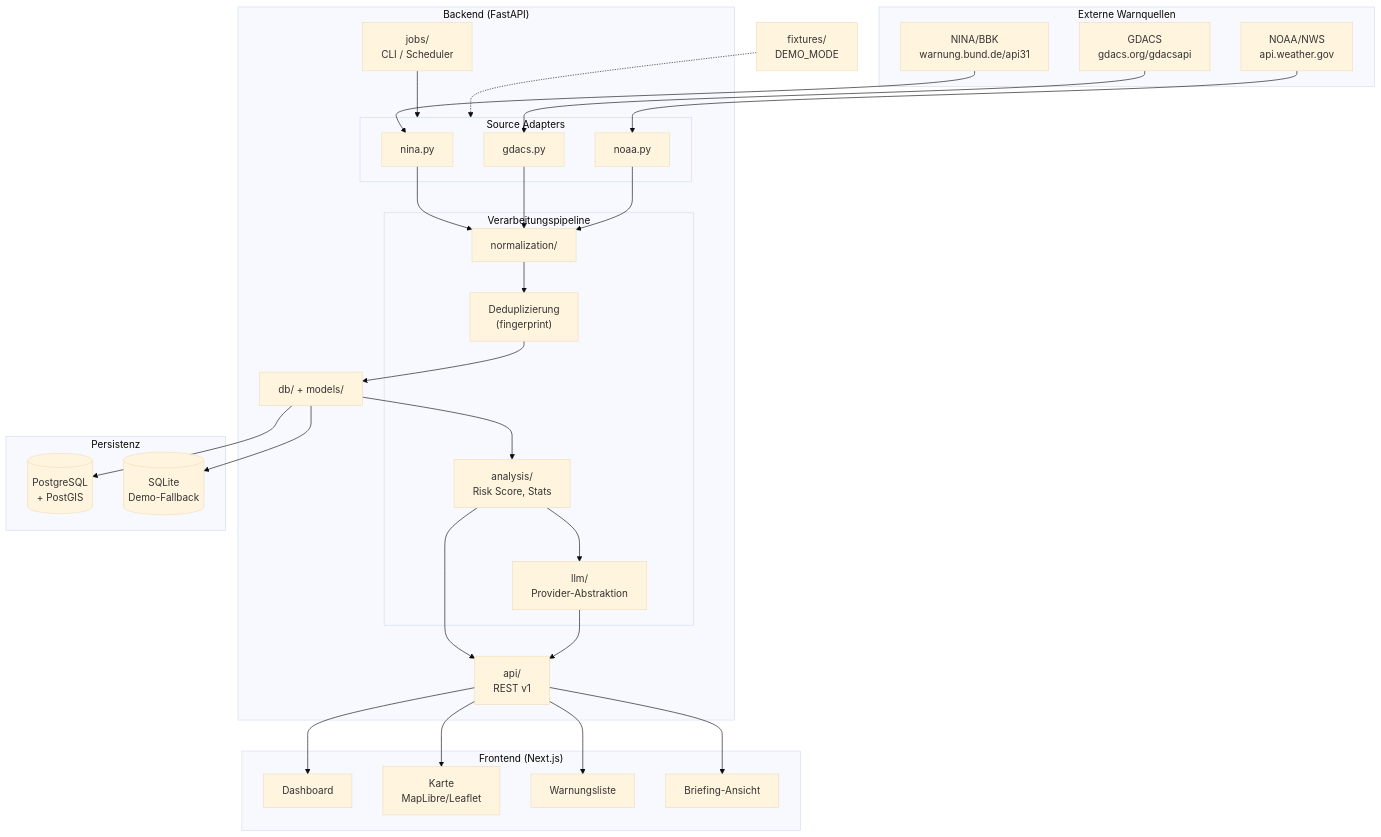
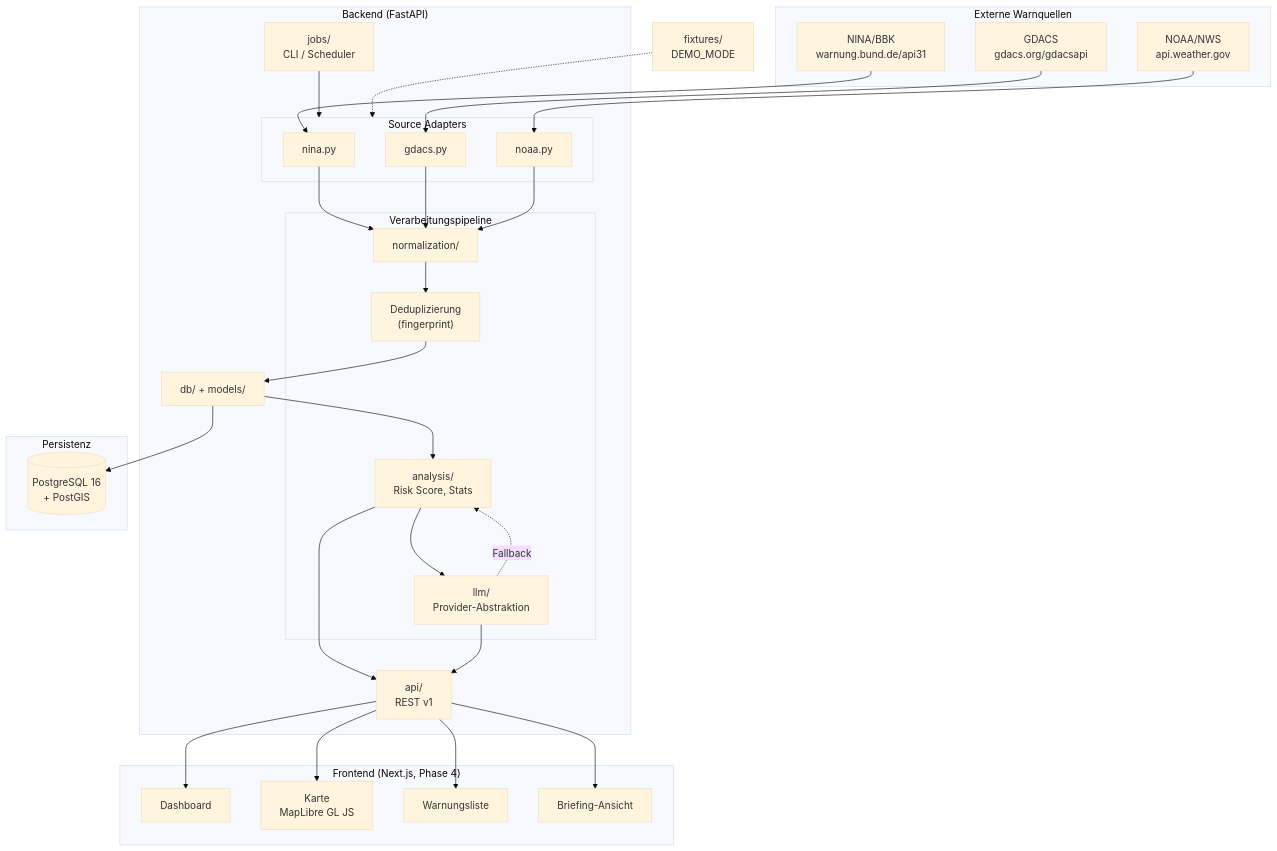
One commit to kevsecops/usefultool changed the diagram in docs/architecture.md. Above: the diagram before and after it, drawn with Mermaid (base theme). The commit also changed other lines of this file and 71 other files, not shown here.

First line of the commit message:
Implement Phase 2 backend with PostgreSQL/PostGIS and fixture ingest.

````diff
--- a/docs/architecture.md
+++ b/docs/architecture.md
@@ -11,63 +11,62 @@
 ```mermaid
 flowchart TB
     subgraph External["Externe Warnquellen"]
         NINA["NINA/BBK<br/>warnung.bund.de/api31"]
         GDACS["GDACS<br/>gdacs.org/gdacsapi"]
         NOAA["NOAA/NWS<br/>api.weather.gov"]
     end
 
     subgraph Backend["Backend (FastAPI)"]
         subgraph Sources["Source Adapters"]
             SA_NINA["nina.py"]
             SA_GDACS["gdacs.py"]
             SA_NOAA["noaa.py"]
         end
 
         subgraph Pipeline["Verarbeitungspipeline"]
             NORM["normalization/"]
             DEDUP["Deduplizierung<br/>(fingerprint)"]
             ANALYSIS["analysis/<br/>Risk Score, Stats"]
             LLM["llm/<br/>Provider-Abstraktion"]
         end
 
         API["api/<br/>REST v1"]
         JOBS["jobs/<br/>CLI / Scheduler"]
         DB_LAYER["db/ + models/"]
     end
 
     subgraph Storage["Persistenz"]
-        PG[("PostgreSQL<br/>+ PostGIS")]
-        SQLITE[("SQLite<br/>Demo-Fallback")]
+        PG[("PostgreSQL 16<br/>+ PostGIS")]
     end
 
-    subgraph Frontend["Frontend (Next.js)"]
+    subgraph Frontend["Frontend (Next.js, Phase 4)"]
         DASH["Dashboard"]
-        MAP["Karte<br/>MapLibre/Leaflet"]
+        MAP["Karte<br/>MapLibre GL JS"]
         LIST["Warnungsliste"]
         BRIEF["Briefing-Ansicht"]
     end
 
     NINA --> SA_NINA
     GDACS --> SA_GDACS
     NOAA --> SA_NOAA
 
     SA_NINA --> NORM
     SA_GDACS --> NORM
     SA_NOAA --> NORM
 
     NORM --> DEDUP --> DB_LAYER
     DB_LAYER --> PG
-    DB_LAYER --> SQLITE
     DB_LAYER --> ANALYSIS
     ANALYSIS --> LLM
+    LLM -.->|"Fallback"| ANALYSIS
     ANALYSIS --> API
     LLM --> API
     JOBS --> Sources
 
     API --> DASH
     API --> MAP
     API --> LIST
     API --> BRIEF
 
     FIXTURES["fixtures/<br/>DEMO_MODE"] -.-> Sources
 ```
````
